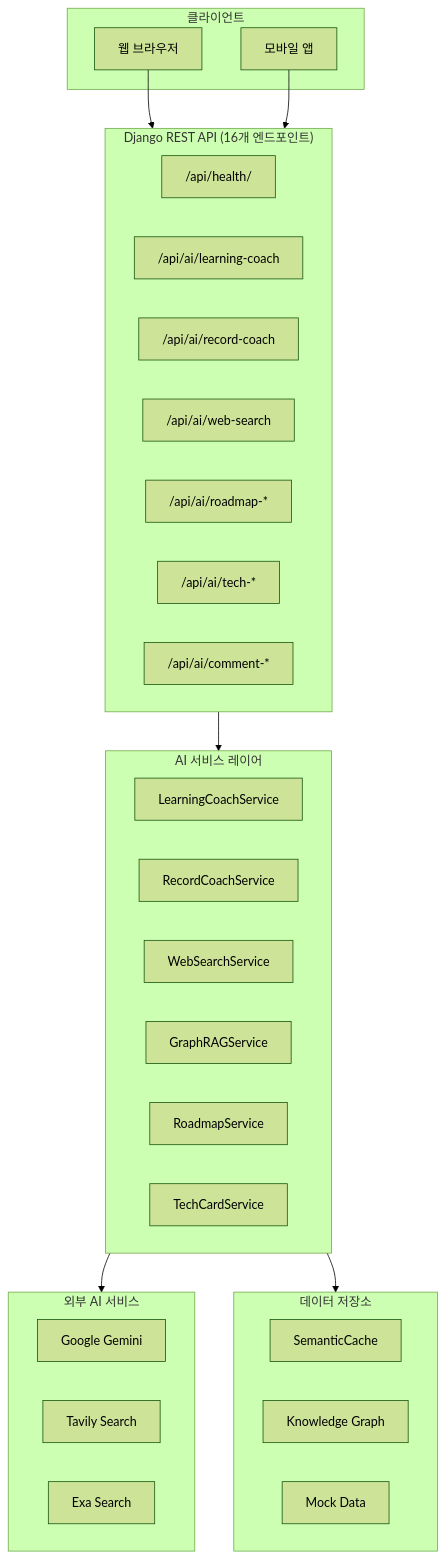
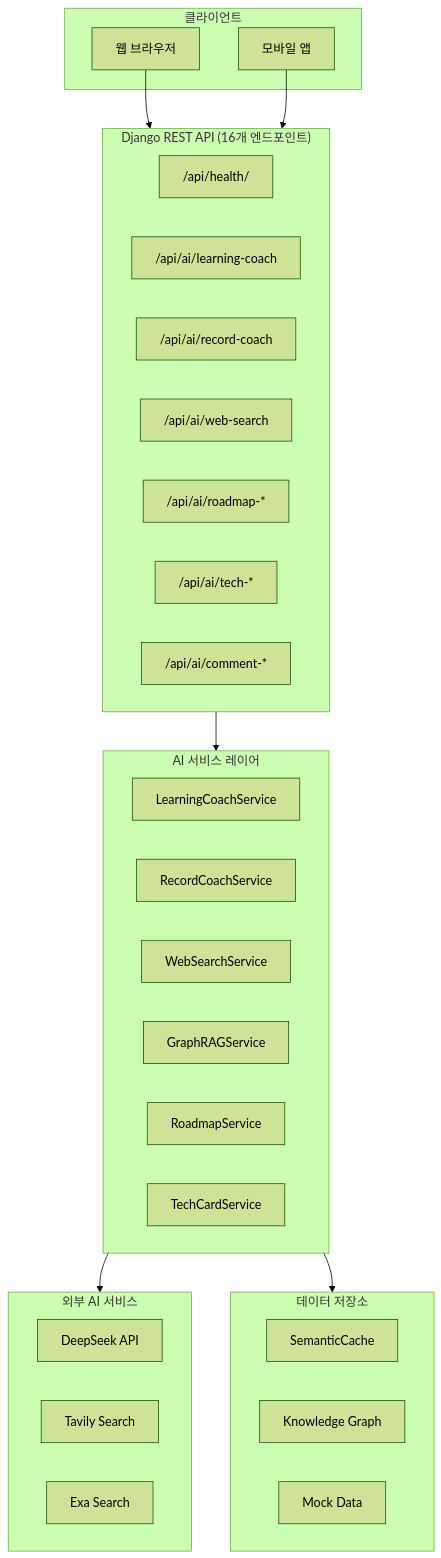
Before and after one commit to gajaedev/jagalchi-platform: the diagram in services/ai/docs/API_DOCS.md, drawn with Mermaid (forest theme). The commit also changed other lines of this file and 29 other files, not shown here.

Commit message:
feat(ai): replace Gemini with DeepSeek

````diff
--- a/services/ai/docs/API_DOCS.md
+++ b/services/ai/docs/API_DOCS.md
@@ -11,44 +11,44 @@
 ```mermaid
 graph TB
     subgraph Client["클라이언트"]
         WEB["웹 브라우저"]
         APP["모바일 앱"]
     end
 
     subgraph API["Django REST API (16개 엔드포인트)"]
         HEALTH["/api/health/"]
         COACH["/api/ai/learning-coach"]
         RECORD["/api/ai/record-coach"]
         SEARCH["/api/ai/web-search"]
         ROADMAP["/api/ai/roadmap-*"]
         TECH["/api/ai/tech-*"]
         COMMENT["/api/ai/comment-*"]
     end
 
     subgraph Services["AI 서비스 레이어"]
         LC["LearningCoachService"]
         RC["RecordCoachService"]
         WS["WebSearchService"]
         GR["GraphRAGService"]
         RM["RoadmapService"]
         TC["TechCardService"]
     end
 
     subgraph External["외부 AI 서비스"]
-        GEMINI["Google Gemini"]
+        DEEPSEEK["DeepSeek API"]
         TAVILY["Tavily Search"]
         EXA["Exa Search"]
     end
 
     subgraph Data["데이터 저장소"]
         CACHE["SemanticCache"]
         GRAPH["Knowledge Graph"]
         MOCK["Mock Data"]
     end
 
     WEB --> API
     APP --> API
     API --> Services
     Services --> External
     Services --> Data
 ```
````
